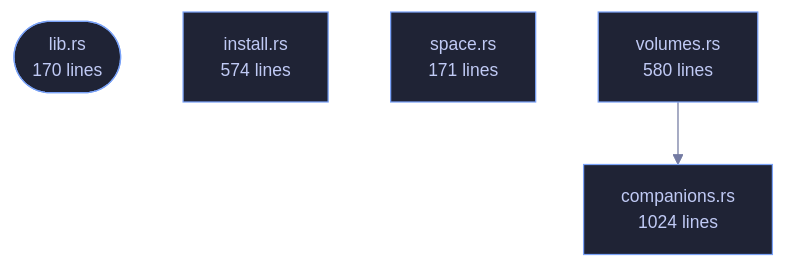
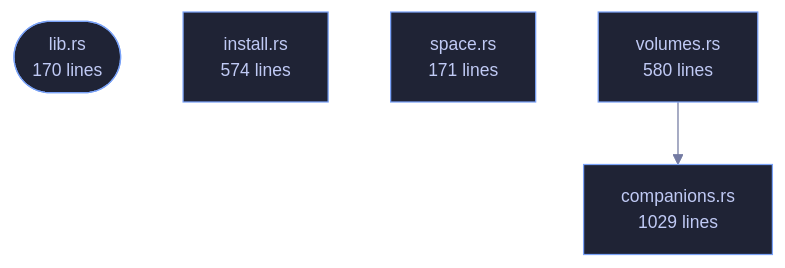
Before and after one commit to tilas01/veilvoice: the diagram in crates/veilvoice-setup/README.md, drawn with Mermaid. The commit also changed other lines of this file and 72 other files, not shown here.

````diff
--- a/crates/veilvoice-setup/README.md
+++ b/crates/veilvoice-setup/README.md
@@ -103,15 +103,15 @@
 ```mermaid
 %%{init: {"theme":"base","themeVariables":{"background":"#1a1b26","primaryColor":"#1f2335","primaryTextColor":"#c0caf5","primaryBorderColor":"#7aa2f7","secondaryColor":"#16161e","tertiaryColor":"#16161e","lineColor":"#737aa2","textColor":"#c0caf5","mainBkg":"#1f2335","nodeBorder":"#7aa2f7","clusterBkg":"#16161e","clusterBorder":"#2f3549","fontFamily":"ui-monospace, SFMono-Regular, Consolas, monospace","fontSize":"14px"}}}%%
 flowchart TD
     n_lib(["lib.rs<br/>170 lines"])
-    n_companions["companions.rs<br/>1024 lines"]
+    n_companions["companions.rs<br/>1029 lines"]
     n_install["install.rs<br/>574 lines"]
     n_space["space.rs<br/>171 lines"]
     n_volumes["volumes.rs<br/>580 lines"]
     n_volumes --> n_companions
     click n_lib href "https://github.com/tilas01/veilvoice/blob/main/crates/veilvoice-setup/src/lib.rs" "open the source"
     click n_companions href "https://github.com/tilas01/veilvoice/blob/main/crates/veilvoice-setup/src/companions.rs" "open the source"
     click n_install href "https://github.com/tilas01/veilvoice/blob/main/crates/veilvoice-setup/src/install.rs" "open the source"
     click n_space href "https://github.com/tilas01/veilvoice/blob/main/crates/veilvoice-setup/src/space.rs" "open the source"
     click n_volumes href "https://github.com/tilas01/veilvoice/blob/main/crates/veilvoice-setup/src/volumes.rs" "open the source"
 ```
````
